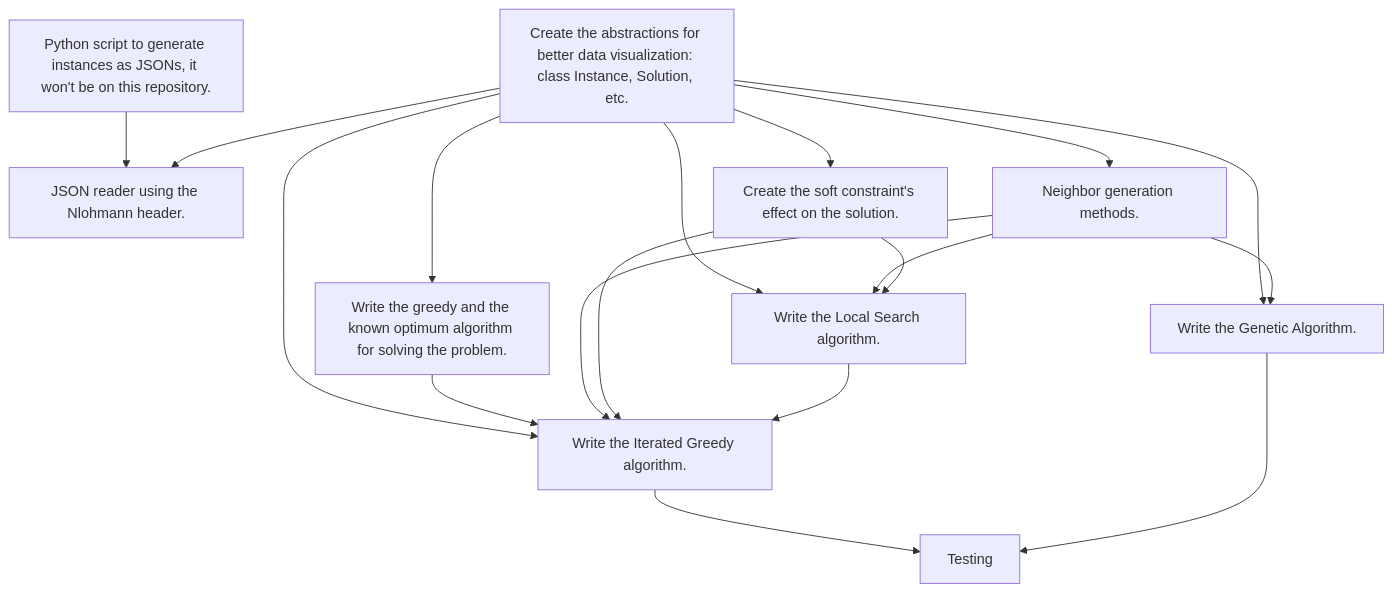
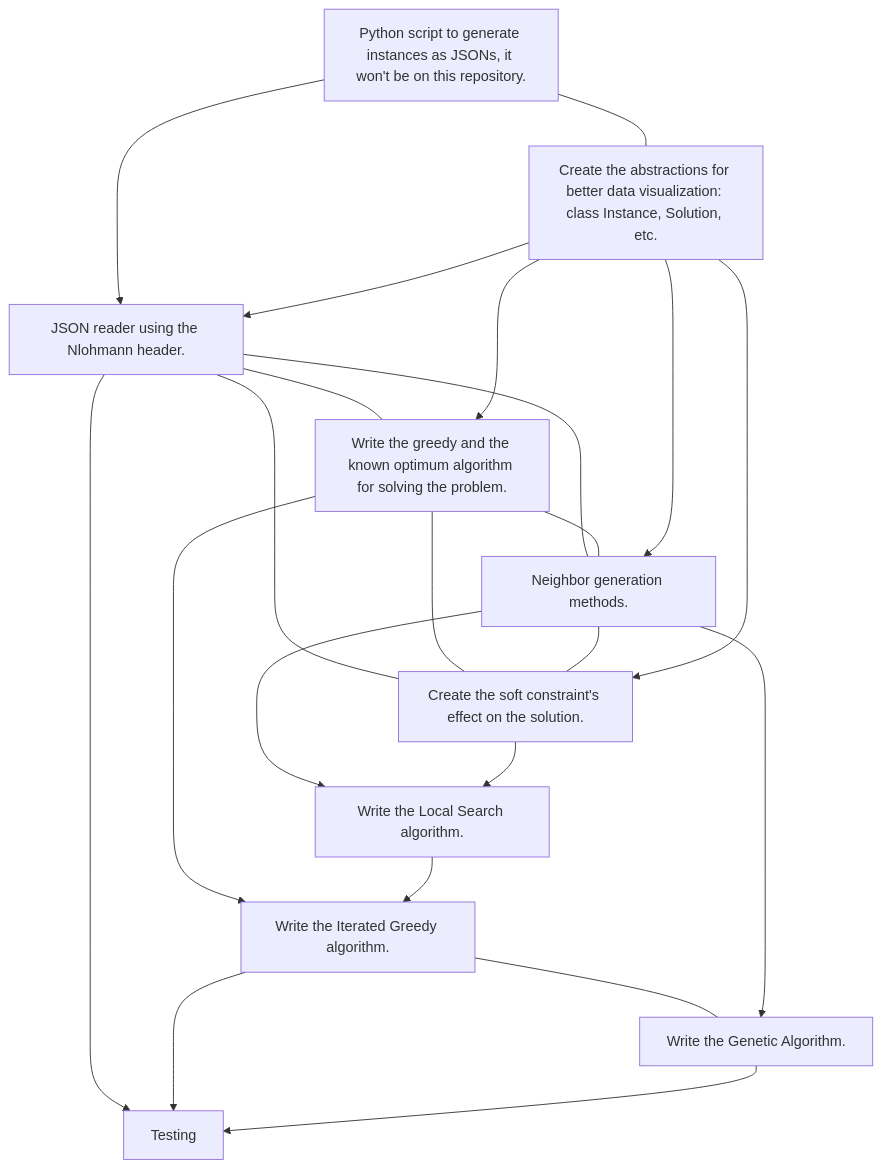
The diagram in README.md (cicerocipriano/seminario3_inf284), drawn with Mermaid before and after one commit.

````diff
--- a/README.md
+++ b/README.md
@@ -4,31 +4,34 @@
 ```mermaid
   flowchart TB
     phase1[Python script to generate instances as JSONs, it won't be on this repository.]
     phase2[Create the abstractions for better data visualization: class Instance, Solution, etc.]
     phase3[JSON reader using the Nlohmann header.]
     phase4[Write the greedy and the known optimum algorithm for solving the problem.]
     phase5[Neighbor generation methods.]
     phase6[Create the soft constraint's effect on the solution.]
     phase7[Write the Local Search algorithm.]
     phase8[Write the Iterated Greedy algorithm.]
     phase9[Write the Genetic Algorithm.]
     phase10[Testing]
+    phase1 --- phase2
+    phase3 --- phase4
+    phase3 --- phase5
+    phase3 --- phase6
+    phase4 --- phase5
+    phase4 --- phase6
+    phase5 --- phase6
+    phase8 --- phase9
     phase1 --> phase3
     phase2 --> phase3
     phase2 --> phase4
     phase2 --> phase5
     phase2 --> phase6
-    phase2 --> phase7
     phase5 --> phase7
     phase6 --> phase7
-    phase2 --> phase8
     phase4 --> phase8
-    phase5 --> phase8
-    phase6 --> phase8
     phase7 --> phase8
-    phase2 --> phase9
     phase5 --> phase9
+    phase3 --> phase10
     phase8 --> phase10
     phase9 --> phase10
-
 ```
````
